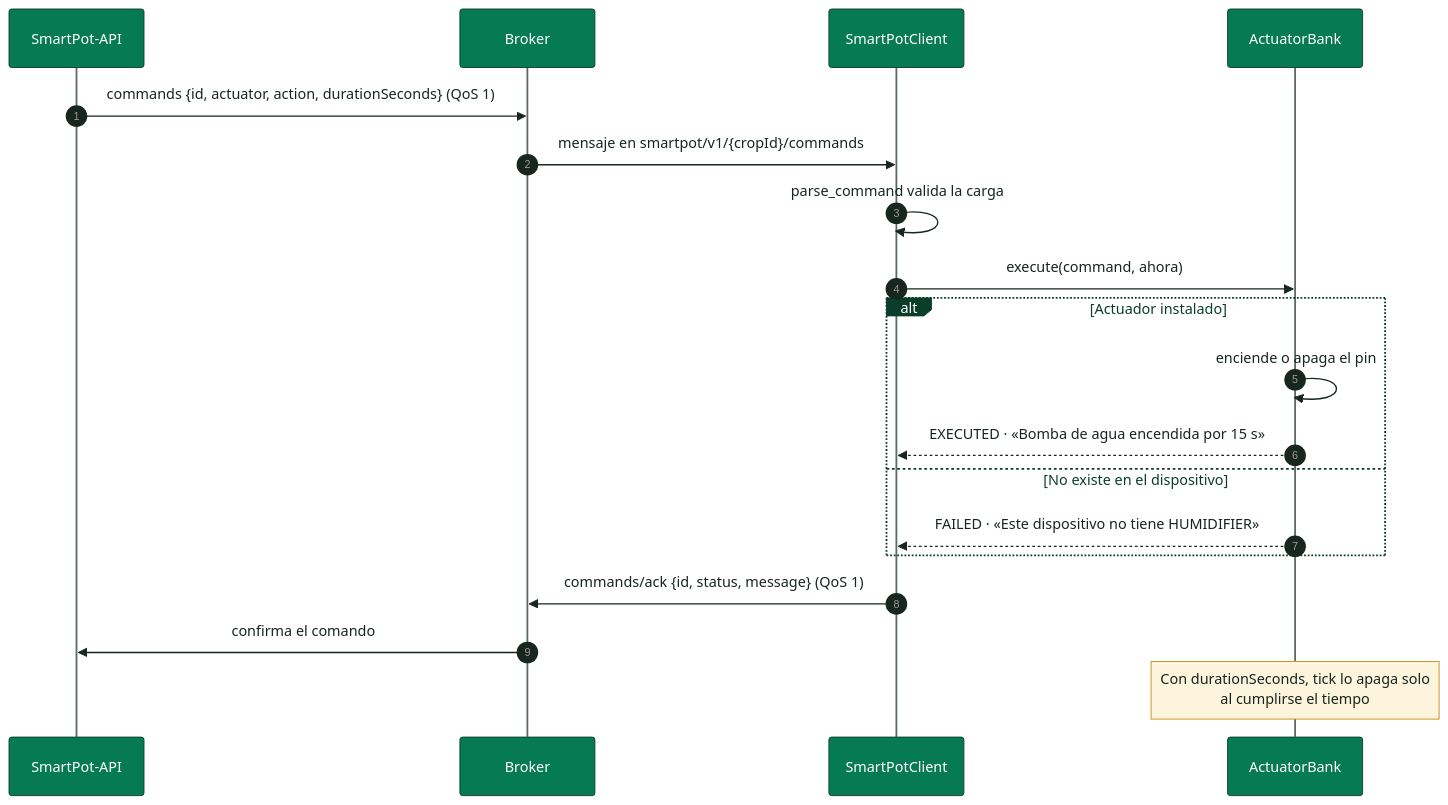
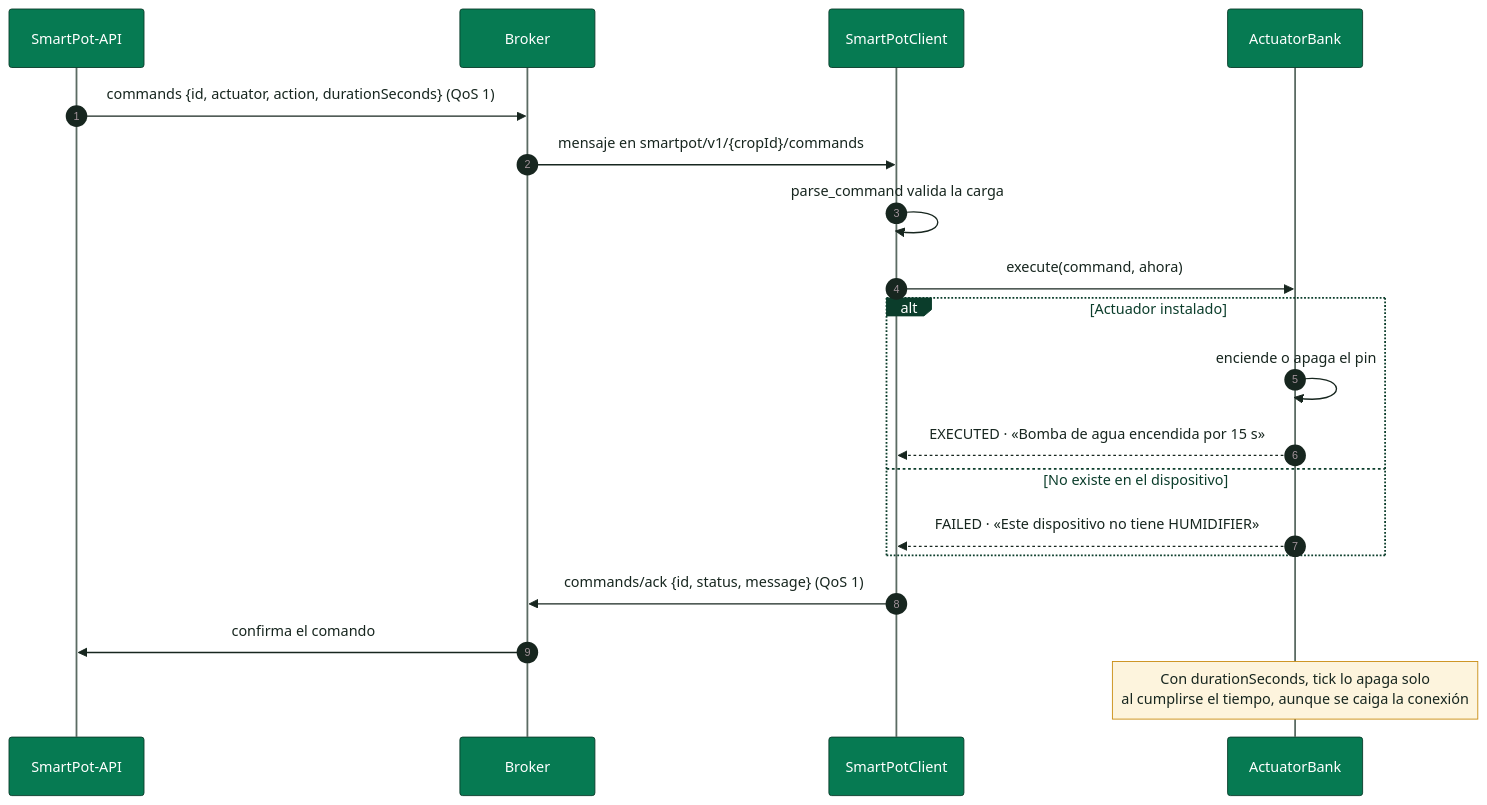
Before and after one commit to SmartPotTech/SmartPot-IoT: the diagram in docs/diagrams/SmartPot_IoT_02_Command_Handling.mmd, drawn with Mermaid. The commit also changed 3 other files, not shown here.

```diff
--- a/docs/diagrams/SmartPot_IoT_02_Command_Handling.mmd
+++ b/docs/diagrams/SmartPot_IoT_02_Command_Handling.mmd
@@ -1,20 +1,20 @@
 %%{init: {"theme": "base", "fontFamily": "Segoe UI, Arial, sans-serif", "themeVariables": {"fontFamily": "Segoe UI, Arial, sans-serif", "fontSize": "15px", "primaryColor": "#DDF5EA", "primaryTextColor": "#17261F", "primaryBorderColor": "#067A52", "secondaryColor": "#E3F2FB", "secondaryTextColor": "#17261F", "secondaryBorderColor": "#1F6FA0", "tertiaryColor": "#F2F7F4", "tertiaryTextColor": "#17261F", "tertiaryBorderColor": "#D5E3DC", "lineColor": "#5B6B63", "textColor": "#17261F", "mainBkg": "#DDF5EA", "nodeBorder": "#067A52", "clusterBkg": "#F7FAF8", "clusterBorder": "#D5E3DC", "edgeLabelBackground": "#FFFFFF", "actorBkg": "#067A52", "actorBorder": "#0B3D2B", "actorTextColor": "#FFFFFF", "actorLineColor": "#5B6B63", "signalColor": "#17261F", "signalTextColor": "#17261F", "labelBoxBkgColor": "#0B3D2B", "labelBoxBorderColor": "#0B3D2B", "labelTextColor": "#FFFFFF", "loopTextColor": "#0B3D2B", "noteBkgColor": "#FDF4DD", "noteBorderColor": "#C98D12", "noteTextColor": "#17261F", "activationBkgColor": "#DDF5EA", "activationBorderColor": "#067A52", "attributeBackgroundColorOdd": "#FFFFFF", "attributeBackgroundColorEven": "#F2F7F4"}}}%%
 sequenceDiagram
   autonumber
   participant A as SmartPot-API
   participant B as Broker
   participant C as SmartPotClient
   participant K as ActuatorBank
   A->>B: commands {id, actuator, action, durationSeconds} (QoS 1)
   B->>C: mensaje en smartpot/v1/{cropId}/commands
   C->>C: parse_command valida la carga
   C->>K: execute(command, ahora)
   alt Actuador instalado
     K->>K: enciende o apaga el pin
     K-->>C: EXECUTED · «Bomba de agua encendida por 15 s»
   else No existe en el dispositivo
     K-->>C: FAILED · «Este dispositivo no tiene HUMIDIFIER»
   end
   C->>B: commands/ack {id, status, message} (QoS 1)
   B->>A: confirma el comando
-  Note over K: Con durationSeconds, tick lo apaga solo<br/>al cumplirse el tiempo
+  Note over K: Con durationSeconds, tick lo apaga solo<br/>al cumplirse el tiempo, aunque se caiga la conexión
```
